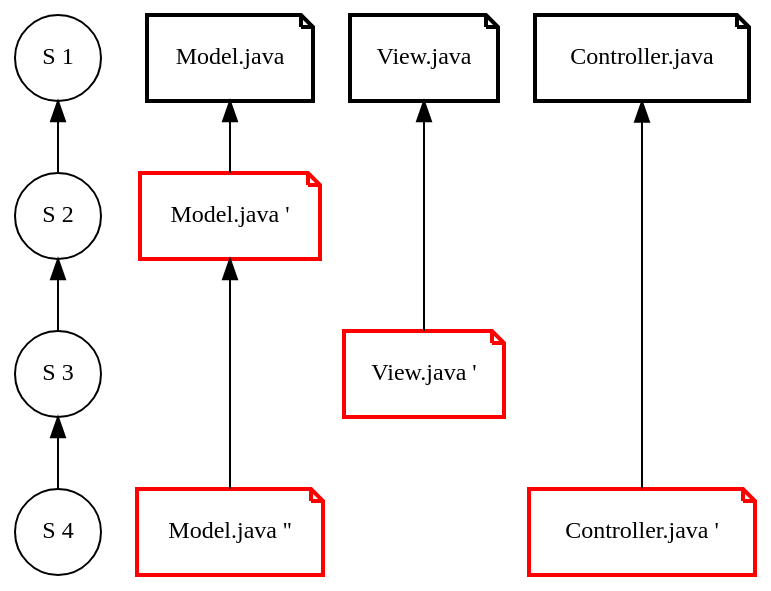
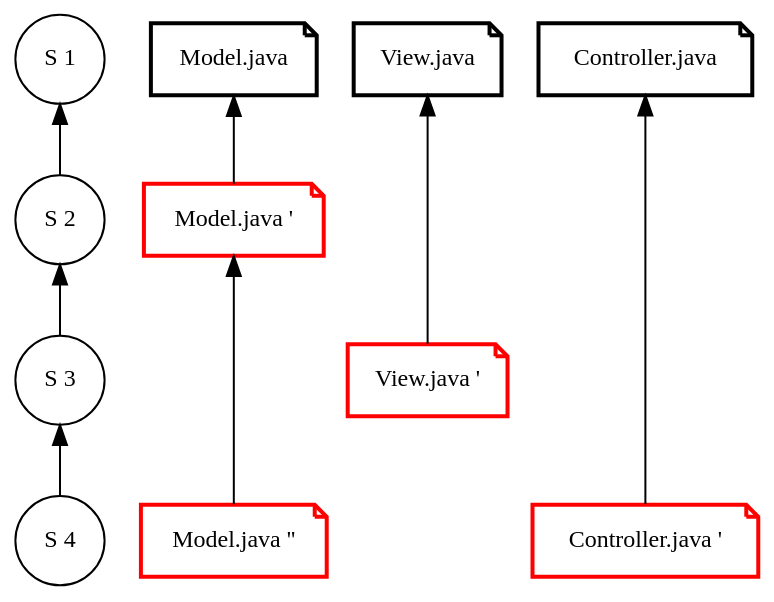
Before and after one commit to Gepardec/git-training: the diagram in slides/intro/src/docs/asciidoc/graphviz/git-data-storage.dot, drawn with Graphviz. The commit also changed 15 other files, not shown here.

```diff
--- a/slides/intro/src/docs/asciidoc/graphviz/git-data-storage.dot
+++ b/slides/intro/src/docs/asciidoc/graphviz/git-data-storage.dot
@@ -1,50 +1,50 @@
 digraph git_branch_model {
   splines=line
   rankdir="TB"
   bgcolor="transparent"
 
   /* Commit node config */
-  edge[style="", weight=2, arrowhead=open]
-  node[style="", width=0.6, height=0.6, fontsize=12.0, shape=circle]
+  edge[style="",  arrowhead=open]
+  node[style="",  fontsize=12.0, shape=circle]
 
   c_1 [label="S 1"]
   c_2 [label="S 2"]
   c_3 [label="S 3"]
   c_4 [label="S 4"]
 
   c_1 -> c_2 -> c_3 -> c_4 [dir=back]
 
   /* File node config */
-  edge[style="", weight=2, arrowhead=open, dir=back]
-  node[style="", width=0.6, height=0.6, fontsize=12.0, shape=note]
+  edge[style="",  arrowhead=open, dir=back]
+  node[style="",  fontsize=12.0, shape=note]
 
   /* initial nodes */
   node[style="bold"]
   file_1 [label="Model.java", group="file_1"]
   file_2 [label="View.java", group="file_2"]
   file_3 [label="Controller.java", group="file_3"]
 
   /* changed nodes */
   node[style="bold", color="red"]
   file_1_ [label="Model.java '", group="file_1"]
 
   file_2__ [label="View.java '", group="file_2"]
 
   file_1___ [label="Model.java ''", group="file_1"]
   file_3___ [label="Controller.java '", group="file_3"]
 
   /* 1. Commit */
   file_1 -> file_1_
 
   /* 2. Commit */
   file_2 -> file_2__
 
   /* 3. Commit */
   file_1_ -> file_1___
   file_3 -> file_3___
 
   {rank=same; c_1 file_3 file_2 file_1}
   {rank=same; c_2 file_1_}
   {rank=same; c_3 file_2__}
   {rank=same; c_4 file_1___ file_3___}
 }
```
